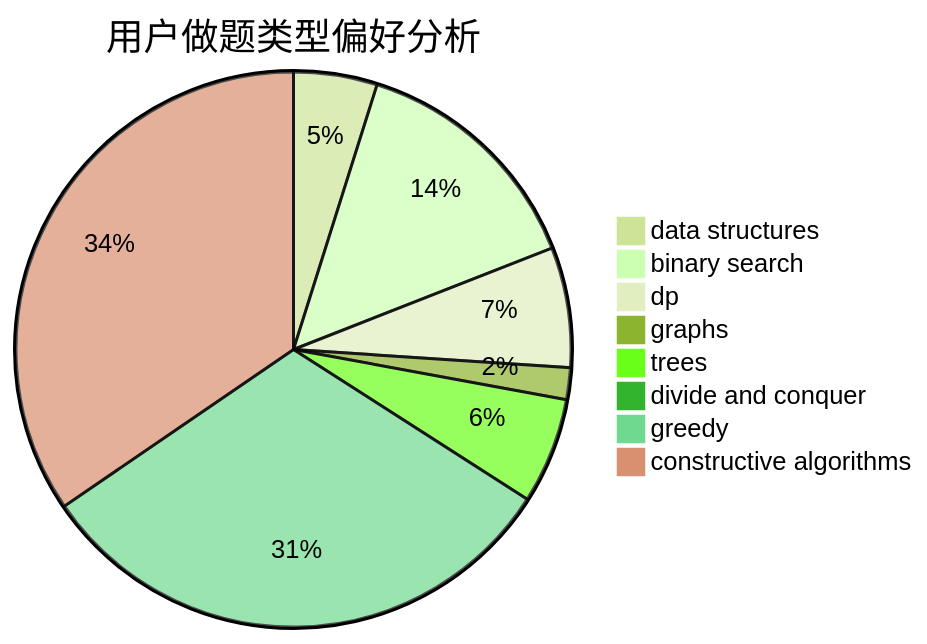
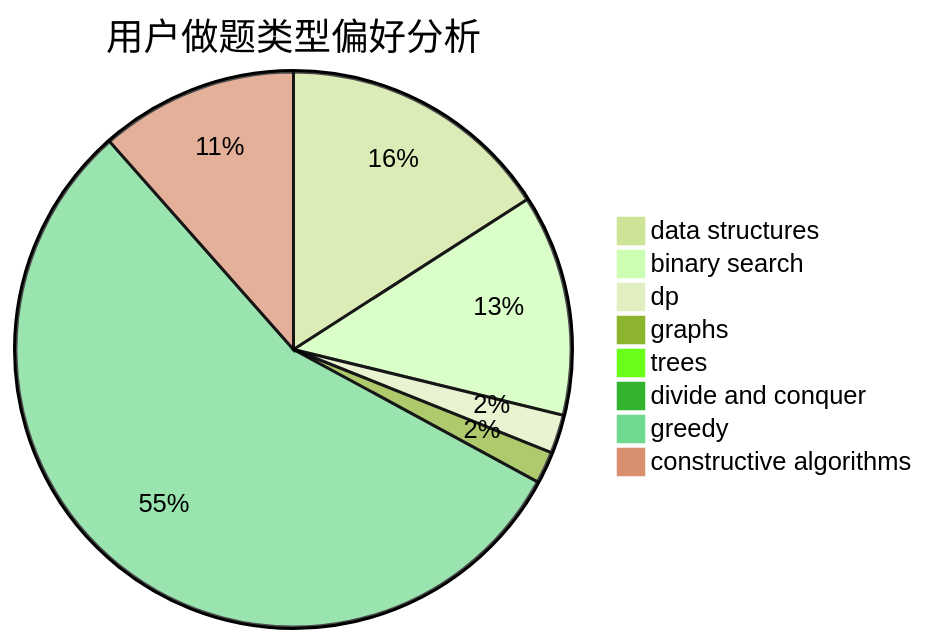
Before and after one commit to sherpahu/cfrs.github.io: the second of 3 diagrams in docs/user/u1854.md, drawn with Mermaid (forest theme). The commit also changed other lines of this file and 2770 other files, not shown here.

````diff
--- a/docs/user/u1854.md
+++ b/docs/user/u1854.md
@@ -23,11 +23,11 @@
 ```mermaid
 pie title 用户做题类型偏好分析
-    "data structures" :  71
-    "binary search" :  207
-    "dp" :  102
-    "graphs" :  27
-    "trees" :  90
-    "divide and conquer" :  9
-    "greedy" :  458
-    "constructive algorithms" :  504
+    "data structures" :  163
+    "binary search" :  132
+    "dp" :  23
+    "graphs" :  19
+    "trees" :  10
+    "divide and conquer" :  10
+    "greedy" :  569
+    "constructive algorithms" :  118
 ```
````
